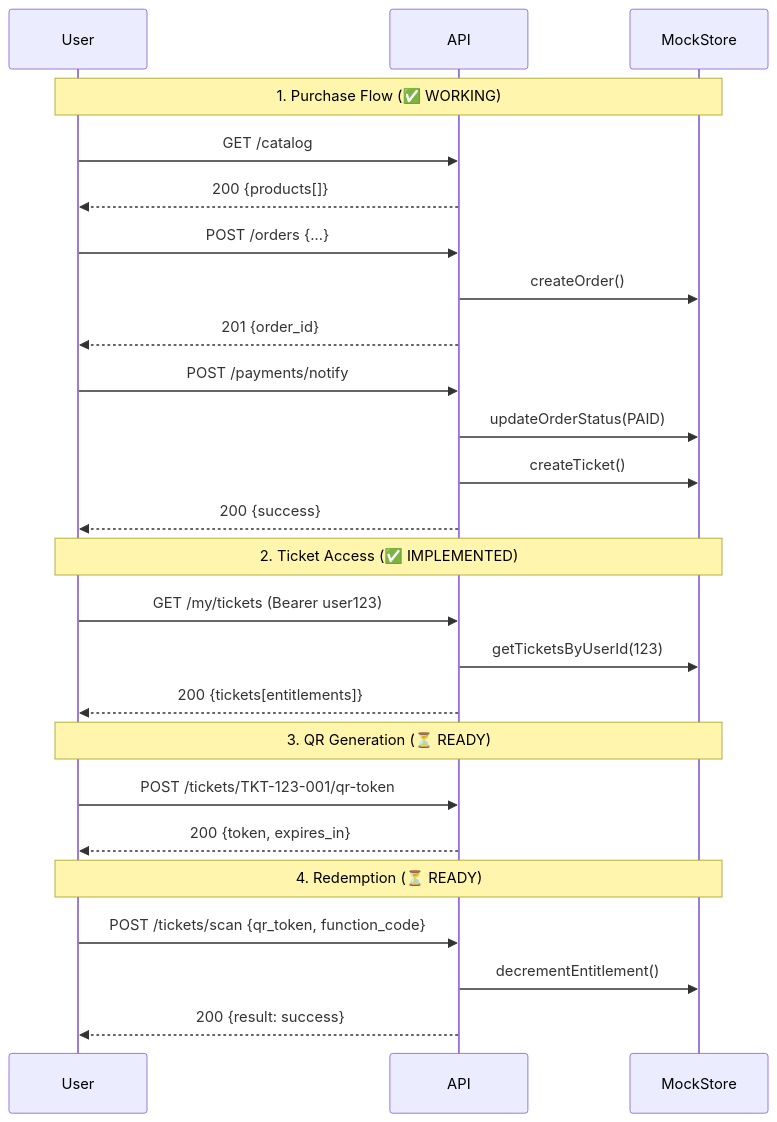
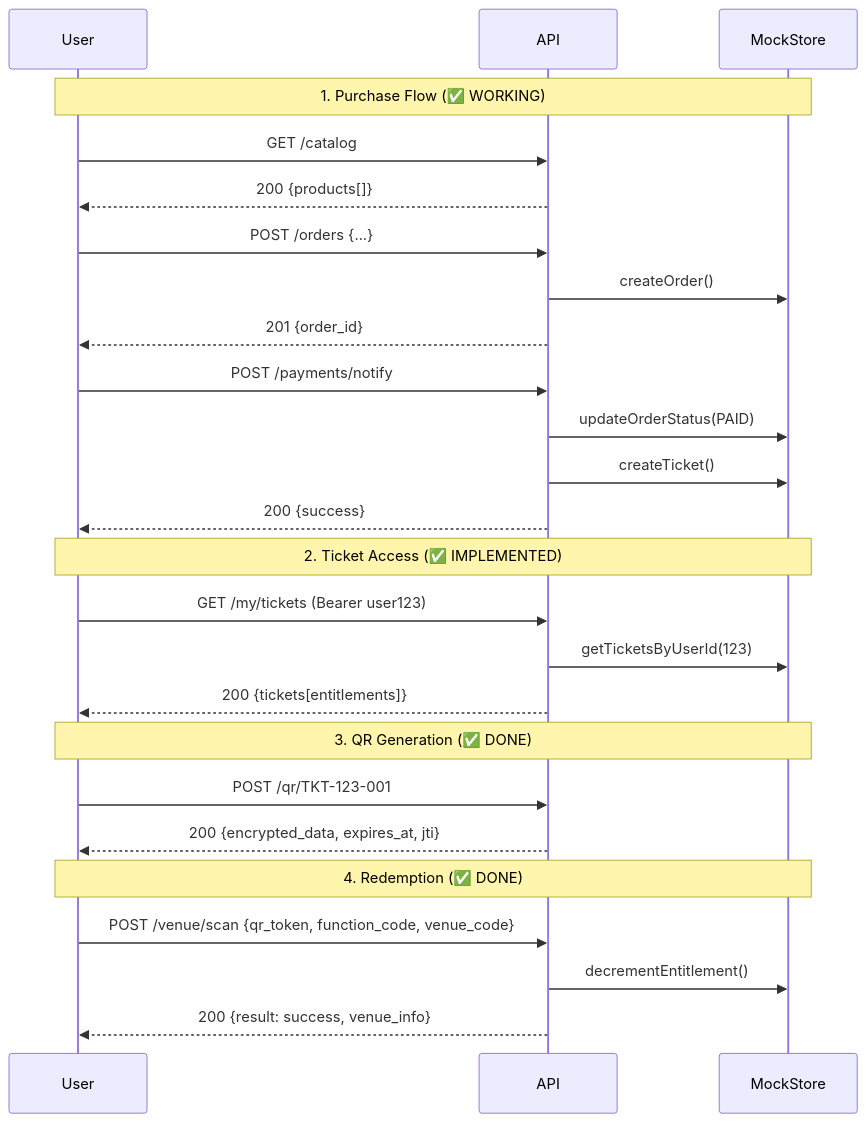
Before and after one commit to ahadu777/dudu-backend: the diagram in test-flows/US-001-validation.md, drawn with Mermaid. The commit also changed other lines of this file and 17 other files, not shown here.

````diff
--- a/test-flows/US-001-validation.md
+++ b/test-flows/US-001-validation.md
@@ -5,31 +5,31 @@
 ```mermaid
 sequenceDiagram
     participant U as User
     participant API as API
     participant Mock as MockStore
 
     Note over U,Mock: 1. Purchase Flow (✅ WORKING)
     U->>API: GET /catalog
     API-->>U: 200 {products[]}
     U->>API: POST /orders {...}
     API->>Mock: createOrder()
     API-->>U: 201 {order_id}
     U->>API: POST /payments/notify
     API->>Mock: updateOrderStatus(PAID)
     API->>Mock: createTicket()
     API-->>U: 200 {success}
 
     Note over U,Mock: 2. Ticket Access (✅ IMPLEMENTED)
     U->>API: GET /my/tickets (Bearer user123)
     API->>Mock: getTicketsByUserId(123)
     API-->>U: 200 {tickets[entitlements]}
 
-    Note over U,Mock: 3. QR Generation (⏳ READY)
-    U->>API: POST /tickets/TKT-123-001/qr-token
-    API-->>U: 200 {token, expires_in}
+    Note over U,Mock: 3. QR Generation (✅ DONE)
+    U->>API: POST /qr/TKT-123-001
+    API-->>U: 200 {encrypted_data, expires_at, jti}
 
-    Note over U,Mock: 4. Redemption (⏳ READY)
-    U->>API: POST /tickets/scan {qr_token, function_code}
+    Note over U,Mock: 4. Redemption (✅ DONE)
+    U->>API: POST /venue/scan {qr_token, function_code, venue_code}
     API->>Mock: decrementEntitlement()
-    API-->>U: 200 {result: success}
+    API-->>U: 200 {result: success, venue_info}
 ```
````
